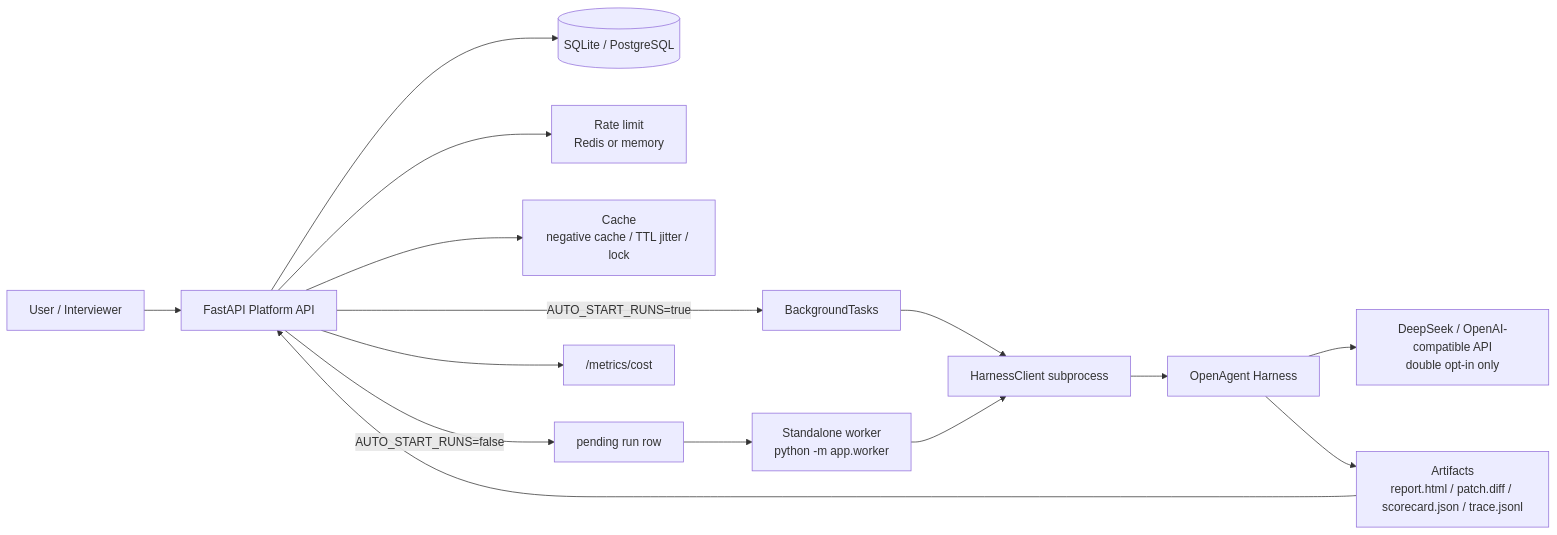
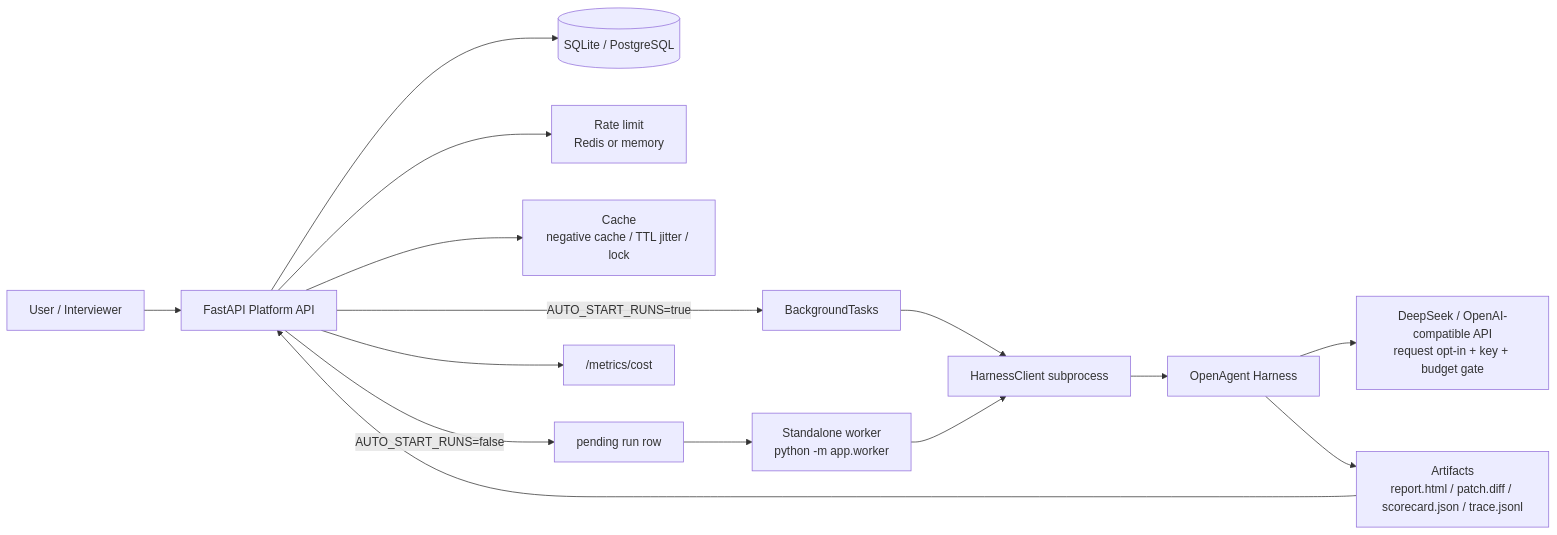
The diagram in docs/architecture_diagram.md (huangpengtao00-dotcom/openagent-platform-backend), drawn with Mermaid before and after one commit. The commit also changed 37 other files, not shown here.

````diff
--- a/docs/architecture_diagram.md
+++ b/docs/architecture_diagram.md
@@ -3,17 +3,17 @@
 ```mermaid
 flowchart LR
     U["User / Interviewer"] --> API["FastAPI Platform API"]
     API --> DB[("SQLite / PostgreSQL")]
     API --> RL["Rate limit<br/>Redis or memory"]
     API --> C["Cache<br/>negative cache / TTL jitter / lock"]
     API -->|AUTO_START_RUNS=true| BG["BackgroundTasks"]
     API -->|AUTO_START_RUNS=false| Q["pending run row"]
     Q --> W["Standalone worker<br/>python -m app.worker"]
     BG --> HC["HarnessClient subprocess"]
     W --> HC
     HC --> H["OpenAgent Harness"]
-    H --> LLM["DeepSeek / OpenAI-compatible API<br/>double opt-in only"]
+    H --> LLM["DeepSeek / OpenAI-compatible API<br/>request opt-in + key + budget gate"]
     H --> A["Artifacts<br/>report.html / patch.diff / scorecard.json / trace.jsonl"]
     A --> API
     API --> M["/metrics/cost"]
 ```
````
